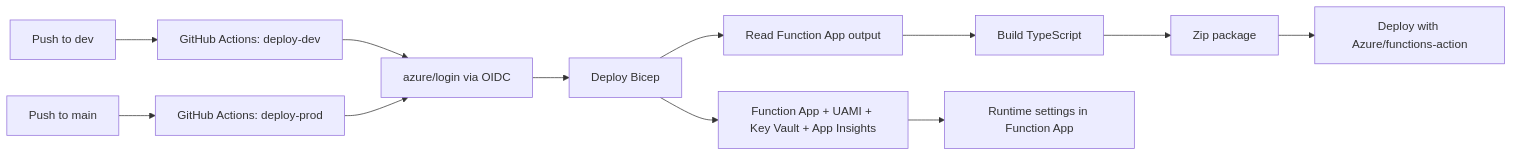
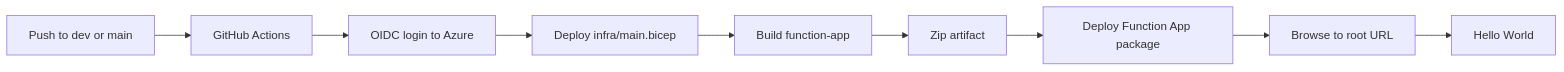
Before and after one commit to alexCikos/azFuncTemplate: the first of 2 diagrams in knowledgeBase.md, drawn with Mermaid. The commit also changed other lines of this file and 47 other files, not shown here.

Commit message:
Create Azure Functions Hello World template

````diff
--- a/knowledgeBase.md
+++ b/knowledgeBase.md
@@ -67,15 +34,11 @@
 ```mermaid
 flowchart LR
-  A["Push to dev"] --> B["GitHub Actions: deploy-dev"]
-  A2["Push to main"] --> B2["GitHub Actions: deploy-prod"]
-  B --> C["azure/login via OIDC"]
-  B2 --> C
-  C --> D["Deploy Bicep"]
-  D --> E["Read Function App output"]
-  E --> F["Build TypeScript"]
-  F --> G["Zip package"]
-  G --> H["Deploy with Azure/functions-action"]
-
-  D --> I["Function App + UAMI + Key Vault + App Insights"]
-  I --> J["Runtime settings in Function App"]
+  A["Push to dev or main"] --> B["GitHub Actions"]
+  B --> C["OIDC login to Azure"]
+  C --> D["Deploy infra/main.bicep"]
+  D --> E["Build function-app"]
+  E --> F["Zip artifact"]
+  F --> G["Deploy Function App package"]
+  G --> H["Browse to root URL"]
+  H --> I["Hello World"]
 ```
````
